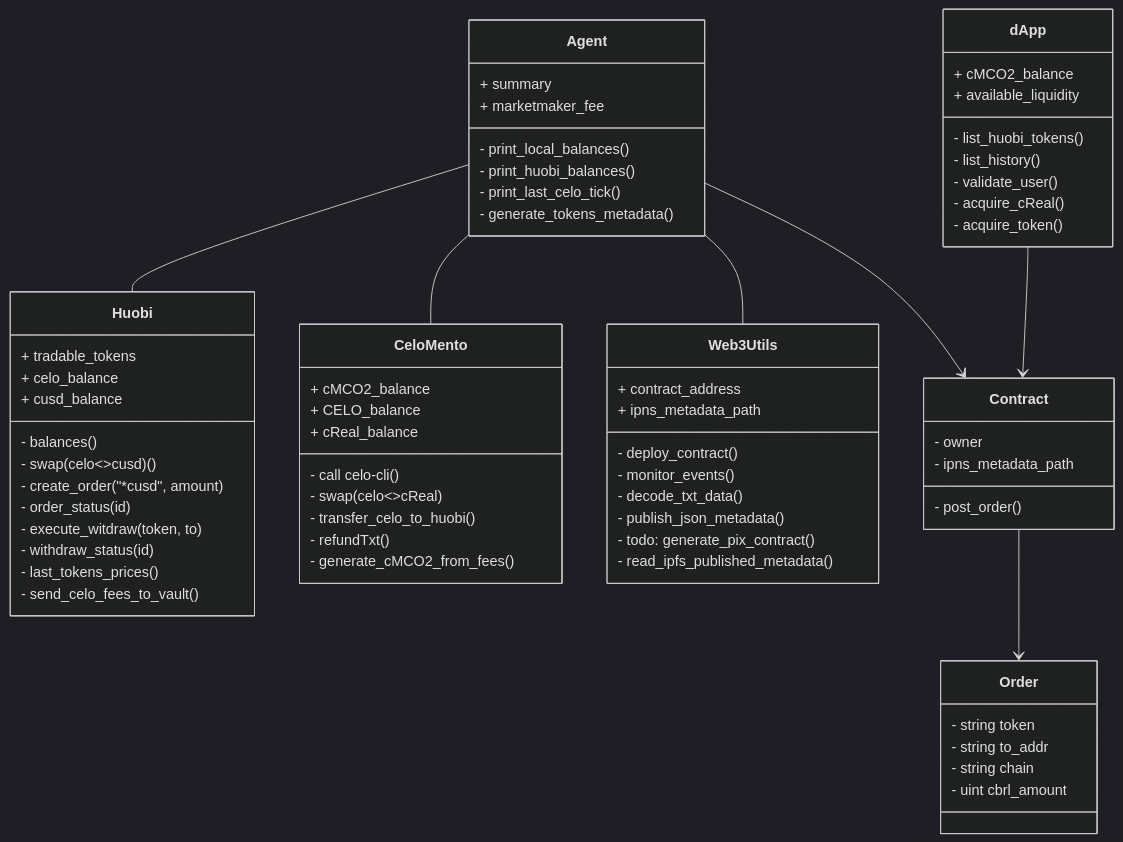
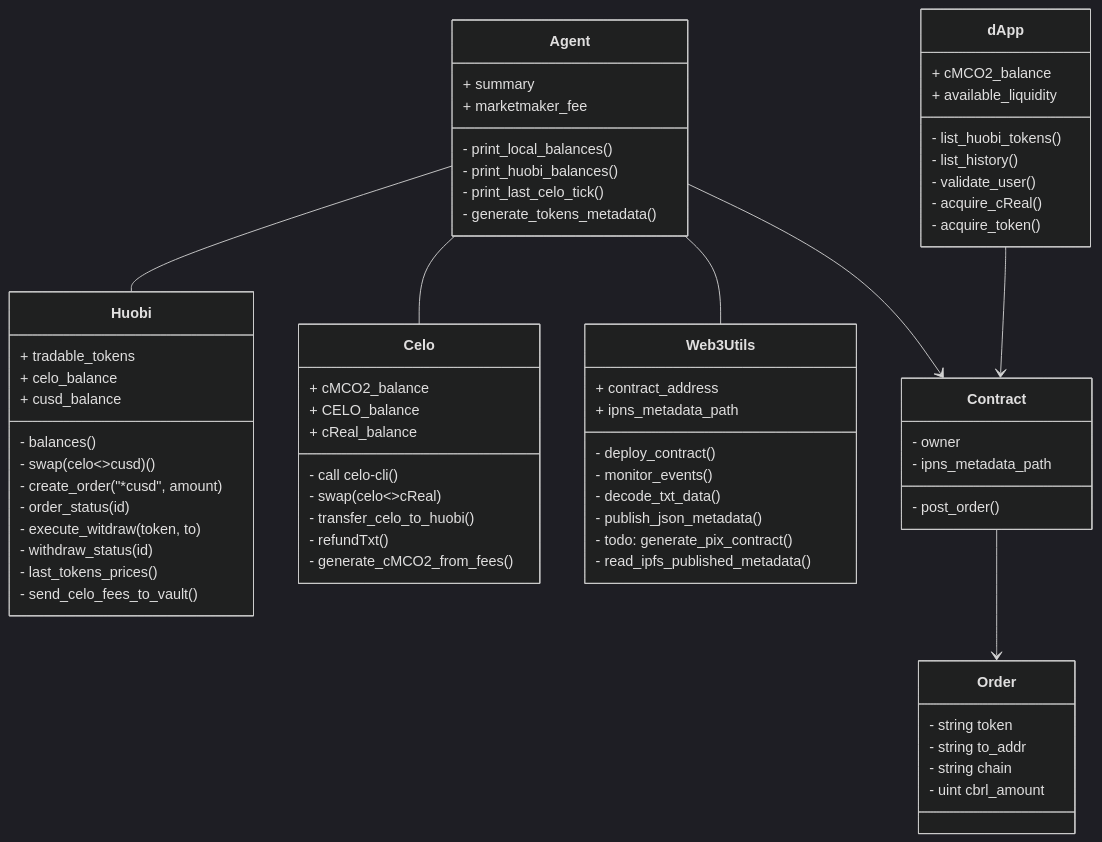
The first of 2 diagrams in README.md (rafapolo/celohuobihack), drawn with Mermaid (dark theme) before and after one commit. The commit also changed other lines of this file and 1 other file, not shown here.

Commit message:
renamed CeloMento to just Celo to abstract it

````diff
--- a/README.md
+++ b/README.md
@@ -123,72 +123,72 @@
   ```mermaid
 
     classDiagram
         Agent -- Huobi
-        Agent -- CeloMento
+        Agent -- Celo
         Agent -- Web3Utils
         Agent --> Contract
         class dApp{
             + cMCO2_balance
             + available_liquidity
             - list_huobi_tokens()
             - list_history()
             - validate_user()
             - acquire_cReal()
             - acquire_token()
         }
         dApp --> Contract
         class Huobi{
           + tradable_tokens
           + celo_balance
           + cusd_balance
           - balances()   
           - swap(celo<>cusd)()
           - create_order("*cusd", amount)
           - order_status(id)
           - execute_witdraw(token, to)
           - withdraw_status(id)
           - last_tokens_prices()
           - send_celo_fees_to_vault()
         }
-        class CeloMento{
+        class Celo{
             + cMCO2_balance
             + CELO_balance
             + cReal_balance
             - call celo-cli()
             - swap(celo<>cReal)
             - transfer_celo_to_huobi()
             - refundTxt()
             - generate_cMCO2_from_fees()
         }
         class Web3Utils{
           + contract_address
           + ipns_metadata_path
           - deploy_contract()
           - monitor_events()
           - decode_txt_data()
           - publish_json_metadata()
           - todo: generate_pix_contract()
           - read_ipfs_published_metadata()
         }
         class Agent{
           + summary      
           + marketmaker_fee        
           - print_local_balances()
           - print_huobi_balances()
           - print_last_celo_tick()
           - generate_tokens_metadata()
         }
         Contract --> Order
         class Contract{
             - owner
             - ipns_metadata_path
             - post_order()
         }
           class Order {
             - string token
             - string to_addr
             - string chain
             - uint cbrl_amount 
           }
 
   ```
````
